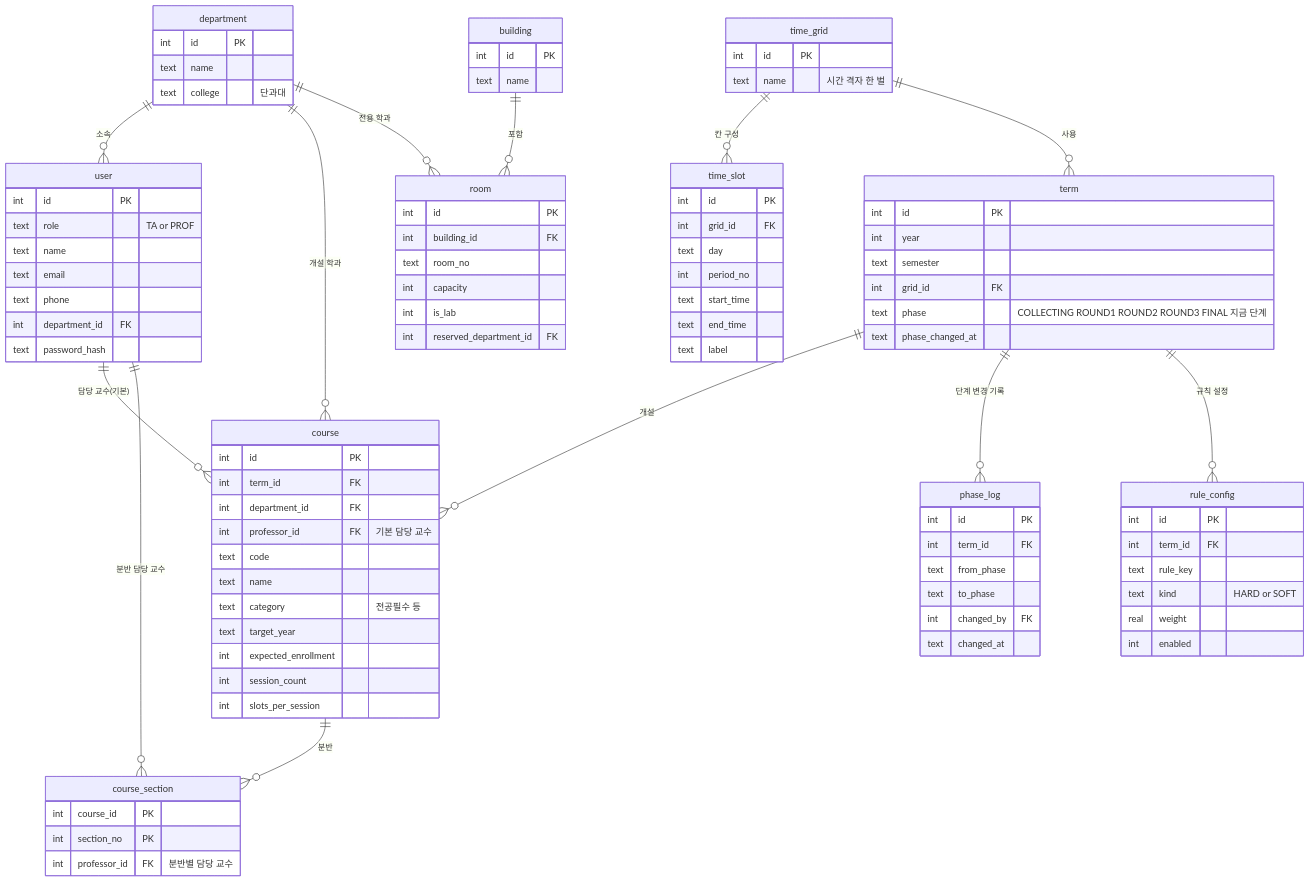
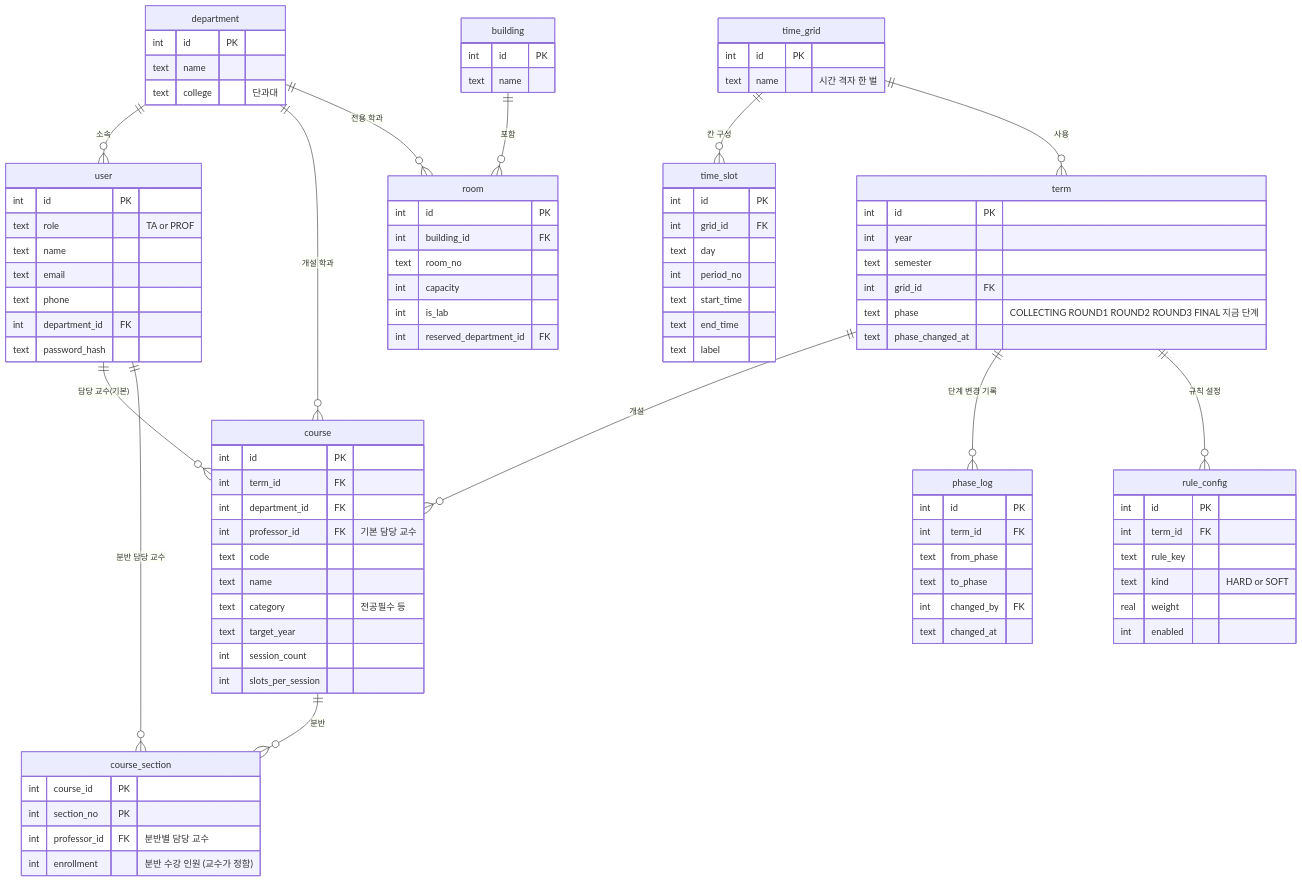
One commit to NLPproject-ssuTeam12/ssu-room changed the diagram in db/docs/c1.mmd. Above: the diagram before and after it, drawn with Mermaid. The commit also changed 7 other files, not shown here.

```diff
--- a/db/docs/c1.mmd
+++ b/db/docs/c1.mmd
@@ -1,94 +1,94 @@
 erDiagram
     department ||--o{ user : "소속"
     department ||--o{ course : "개설 학과"
     department ||--o{ room : "전용 학과"
     time_grid ||--o{ time_slot : "칸 구성"
     time_grid ||--o{ term : "사용"
     term ||--o{ course : "개설"
     term ||--o{ phase_log : "단계 변경 기록"
     term ||--o{ rule_config : "규칙 설정"
     user ||--o{ course : "담당 교수(기본)"
     course ||--o{ course_section : "분반"
     user ||--o{ course_section : "분반 담당 교수"
     building ||--o{ room : "포함"
     department {
         int id PK
         text name
         text college "단과대"
     }
     user {
         int id PK
         text role "TA or PROF"
         text name
         text email
         text phone
         int department_id FK
         text password_hash
     }
     time_grid {
         int id PK
         text name "시간 격자 한 벌"
     }
     time_slot {
         int id PK
         int grid_id FK
         text day
         int period_no
         text start_time
         text end_time
         text label
     }
     term {
         int id PK
         int year
         text semester
         int grid_id FK
         text phase "COLLECTING ROUND1 ROUND2 ROUND3 FINAL 지금 단계"
         text phase_changed_at
     }
     phase_log {
         int id PK
         int term_id FK
         text from_phase
         text to_phase
         int changed_by FK
         text changed_at
     }
     building {
         int id PK
         text name
     }
     room {
         int id PK
         int building_id FK
         text room_no
         int capacity
         int is_lab
         int reserved_department_id FK
     }
     course {
         int id PK
         int term_id FK
         int department_id FK
         int professor_id FK "기본 담당 교수"
         text code
         text name
         text category "전공필수 등"
         text target_year
-        int expected_enrollment
         int session_count
         int slots_per_session
     }
     course_section {
         int course_id PK
         int section_no PK
         int professor_id FK "분반별 담당 교수"
+        int enrollment "분반 수강 인원 (교수가 정함)"
     }
     rule_config {
         int id PK
         int term_id FK
         text rule_key
         text kind "HARD or SOFT"
         real weight
         int enabled
     }
```
